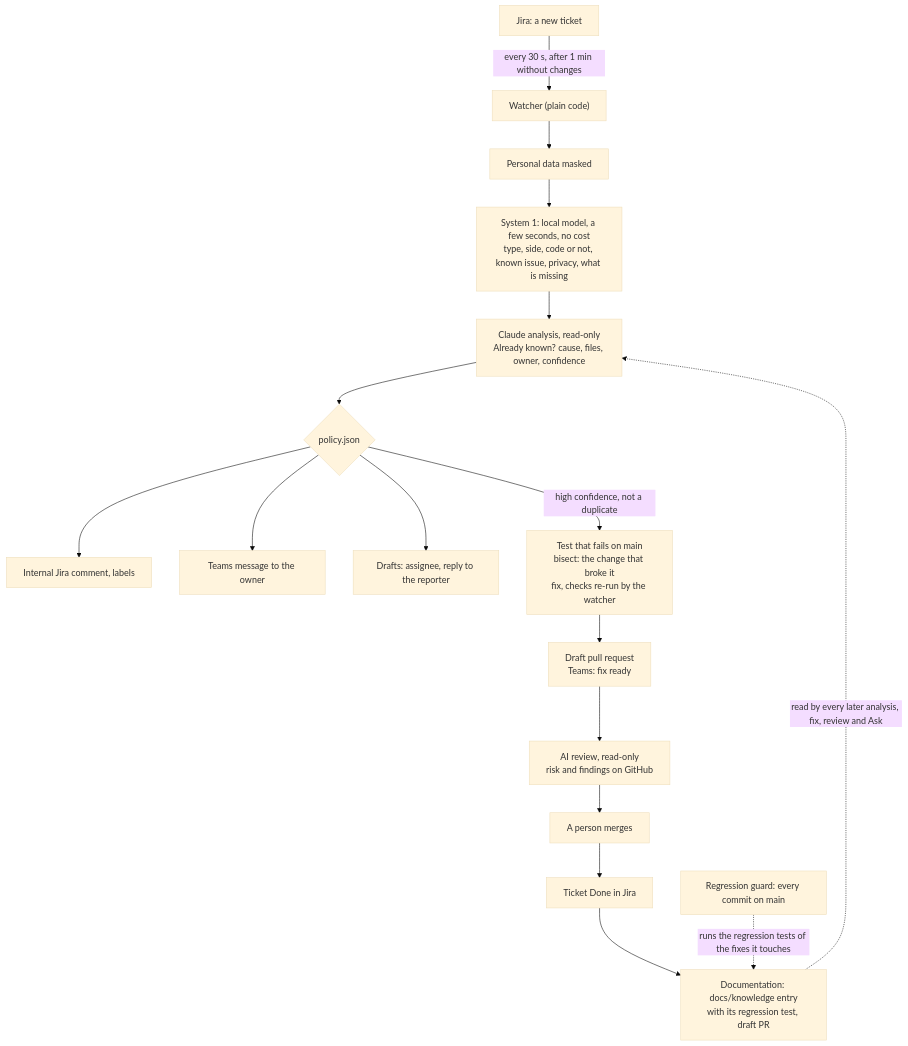
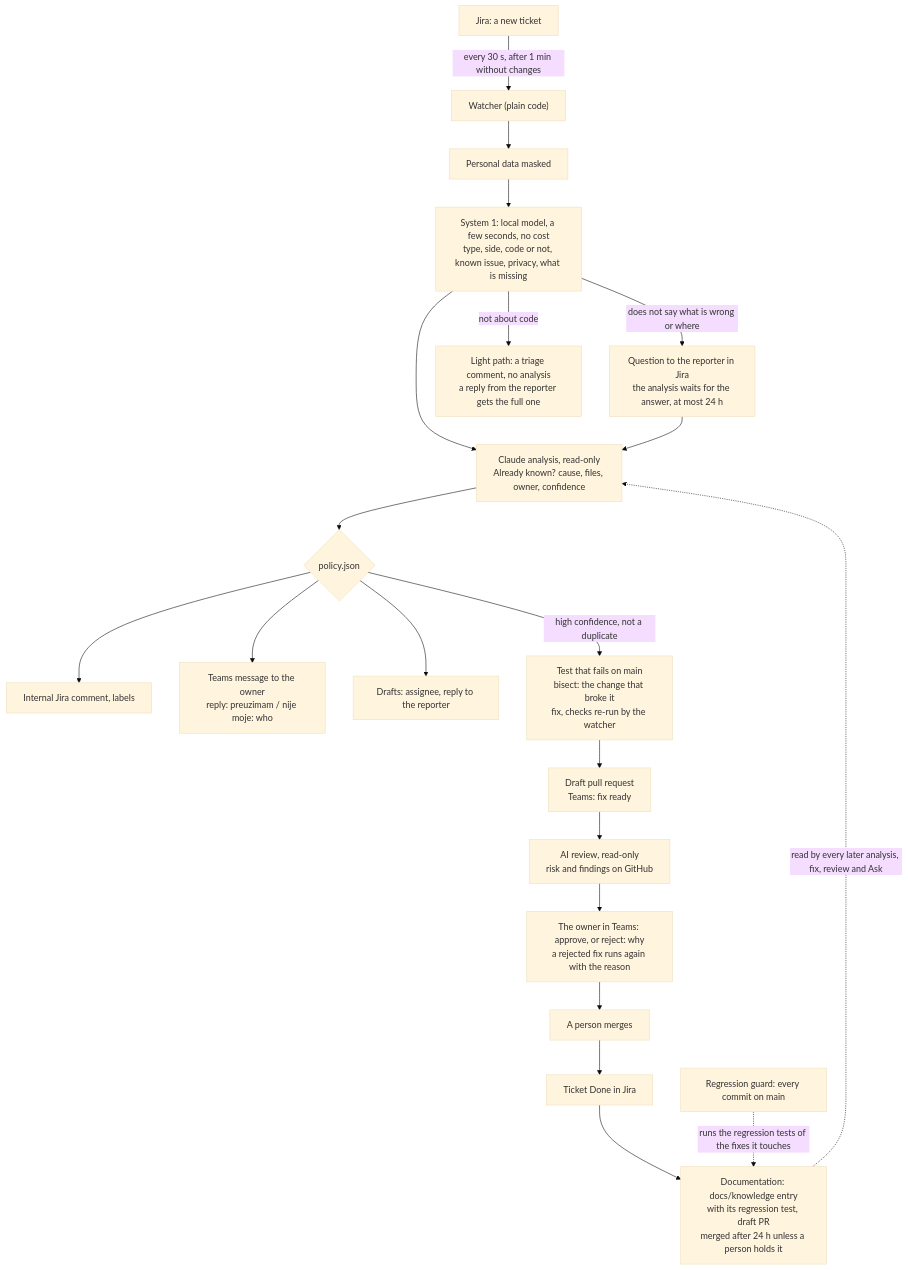
The diagram in docs/HOW_IT_WORKS.md (Bojan-Mijatovic/Ticket-Intelligence), drawn with Mermaid (base theme) before and after one commit. The commit also changed other lines of this file and 25 other files, not shown here.

````diff
--- a/docs/HOW_IT_WORKS.md
+++ b/docs/HOW_IT_WORKS.md
@@ -11,19 +11,23 @@
 ```mermaid
 flowchart TD
     J["Jira: a new ticket"] -->|"every 30 s, after 1 min without changes"| W["Watcher (plain code)"]
     W --> M["Personal data masked"]
     M --> S1["System 1: local model, a few seconds, no cost<br/>type, side, code or not, known issue, privacy, what is missing"]
+    S1 -->|"does not say what is wrong or where"| Q["Question to the reporter in Jira<br/>the analysis waits for the answer, at most 24 h"]
+    S1 -->|"not about code"| LP["Light path: a triage comment, no analysis<br/>a reply from the reporter gets the full one"]
     S1 --> A["Claude analysis, read-only<br/>Already known? cause, files, owner, confidence"]
+    Q --> A
     A --> P{"policy.json"}
     P --> C["Internal Jira comment, labels"]
-    P --> T["Teams message to the owner"]
+    P --> T["Teams message to the owner<br/>reply: preuzimam / nije moje: who"]
     P --> D["Drafts: assignee, reply to the reporter"]
     P -->|"high confidence, not a duplicate"| F["Test that fails on main<br/>bisect: the change that broke it<br/>fix, checks re-run by the watcher"]
     F --> PR["Draft pull request<br/>Teams: fix ready"]
     PR --> R["AI review, read-only<br/>risk and findings on GitHub"]
-    R --> H["A person merges"]
+    R --> AP["The owner in Teams: approve, or reject: why<br/>a rejected fix runs again with the reason"]
+    AP --> H["A person merges"]
     H --> DONE["Ticket Done in Jira"]
-    DONE --> K["Documentation: docs/knowledge entry<br/>with its regression test, draft PR"]
+    DONE --> K["Documentation: docs/knowledge entry<br/>with its regression test, draft PR<br/>merged after 24 h unless a person holds it"]
     K -.->|"read by every later analysis, fix, review and Ask"| A
     G["Regression guard: every commit on main"] -.->|"runs the regression tests of the fixes it touches"| K
 ```
````
